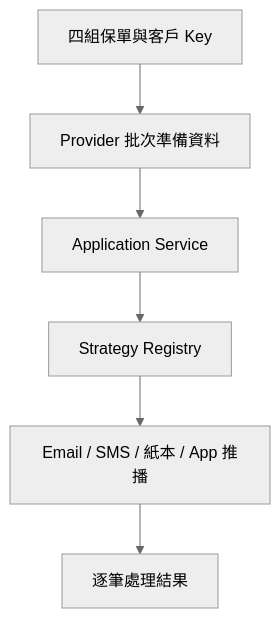
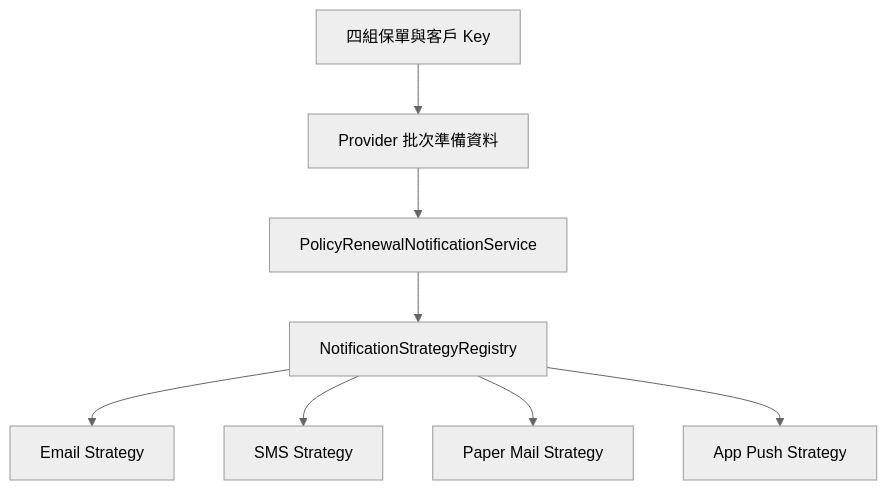
Before and after one commit to Saeki-Yoruba/strategy-pattern: the diagram in strategy-policy-notification-demo/README.md, drawn with Mermaid (neutral theme). The commit also changed other lines of this file and 20 other files, not shown here.

````diff
--- a/strategy-policy-notification-demo/README.md
+++ b/strategy-policy-notification-demo/README.md
@@ -11,8 +35,10 @@
 ```mermaid
 flowchart TD
     A[四組保單與客戶 Key] --> B[Provider 批次準備資料]
-    B --> C[Application Service]
-    C --> D[Strategy Registry]
-    D --> E[Email / SMS / 紙本 / App 推播]
-    E --> F[逐筆處理結果]
+    B --> C[PolicyRenewalNotificationService]
+    C --> D[NotificationStrategyRegistry]
+    D --> E[Email Strategy]
+    D --> F[SMS Strategy]
+    D --> G[Paper Mail Strategy]
+    D --> H[App Push Strategy]
 ```
````
